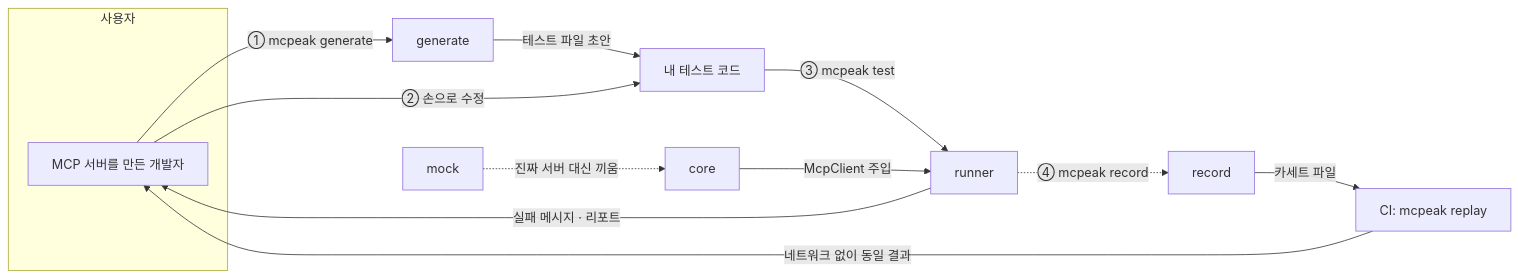
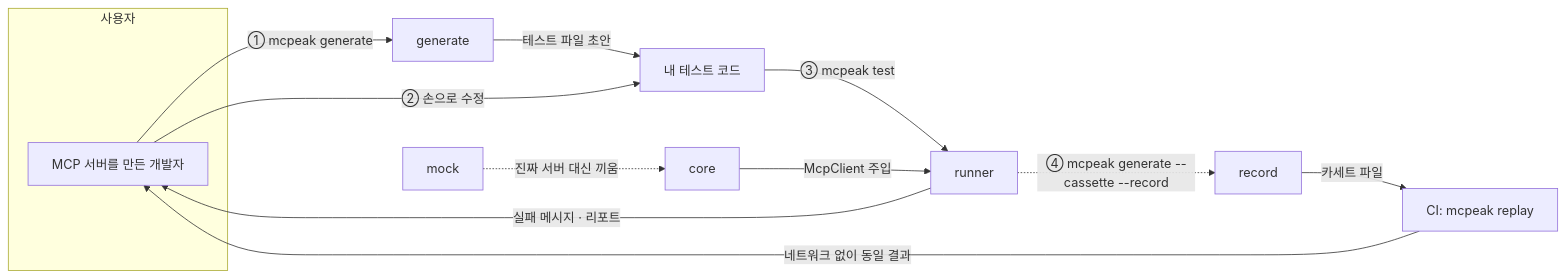
Before and after one commit to 2026-Engineering-Contest/MCPeak: the diagram in docs/architecture.md, drawn with Mermaid. The commit also changed 21 other files, not shown here.

````diff
--- a/docs/architecture.md
+++ b/docs/architecture.md
@@ -8,20 +8,20 @@
 ```mermaid
 flowchart LR
   subgraph 사용자
     U[MCP 서버를 만든 개발자]
   end
 
   U -->|① mcpeak generate| G[generate]
   G -->|테스트 파일 초안| E[내 테스트 코드]
   U -->|② 손으로 수정| E
 
   E -->|③ mcpeak test| R[runner]
   C[core] -->|McpClient 주입| R
   R -->|실패 메시지 · 리포트| U
 
-  R -.->|④ mcpeak record| RC[record]
+  R -.->|④ mcpeak generate --cassette --record| RC[record]
   RC -->|카세트 파일| CI[CI: mcpeak replay]
   CI -->|네트워크 없이 동일 결과| U
 
   M[mock] -.->|진짜 서버 대신 끼움| C
 ```
````
